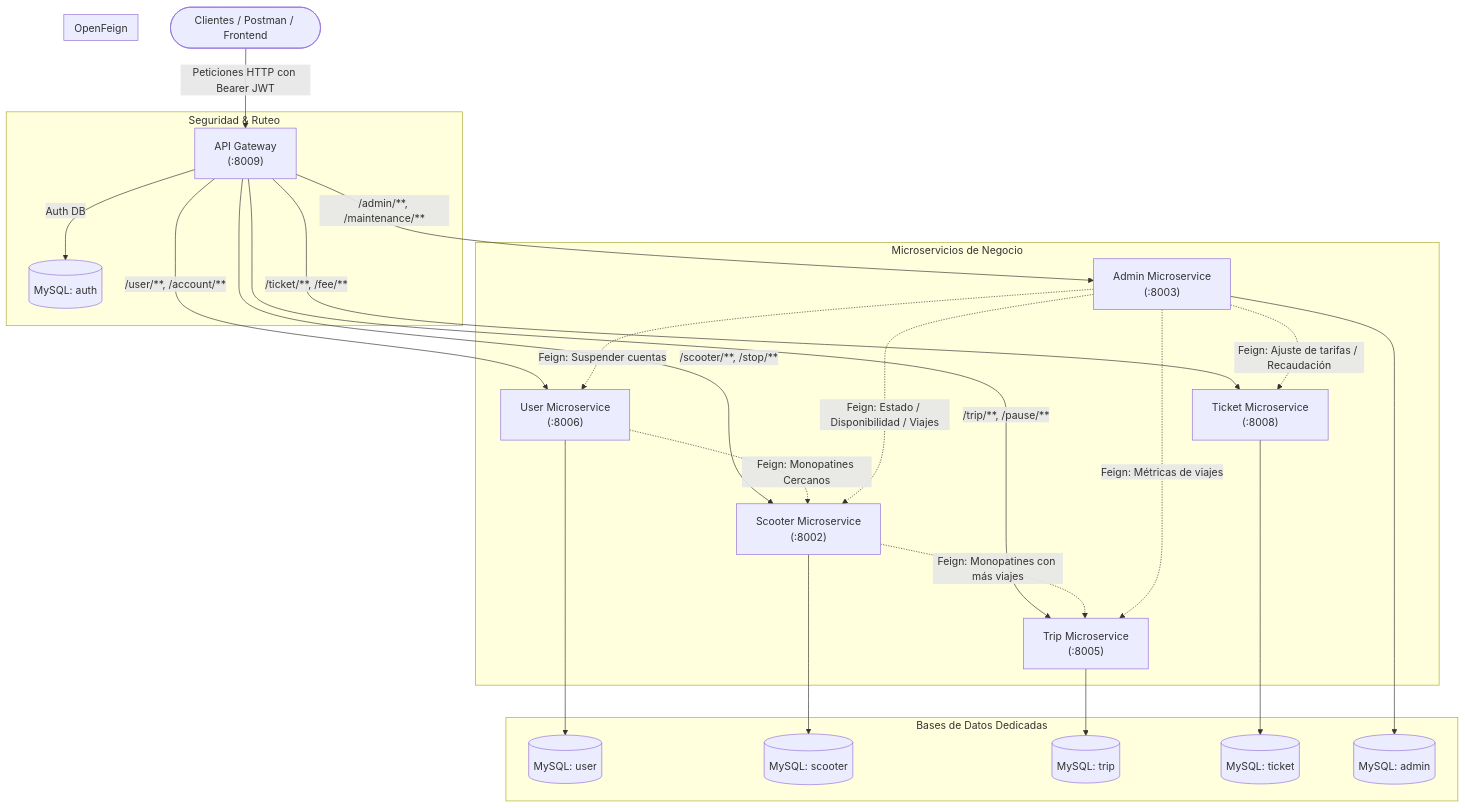
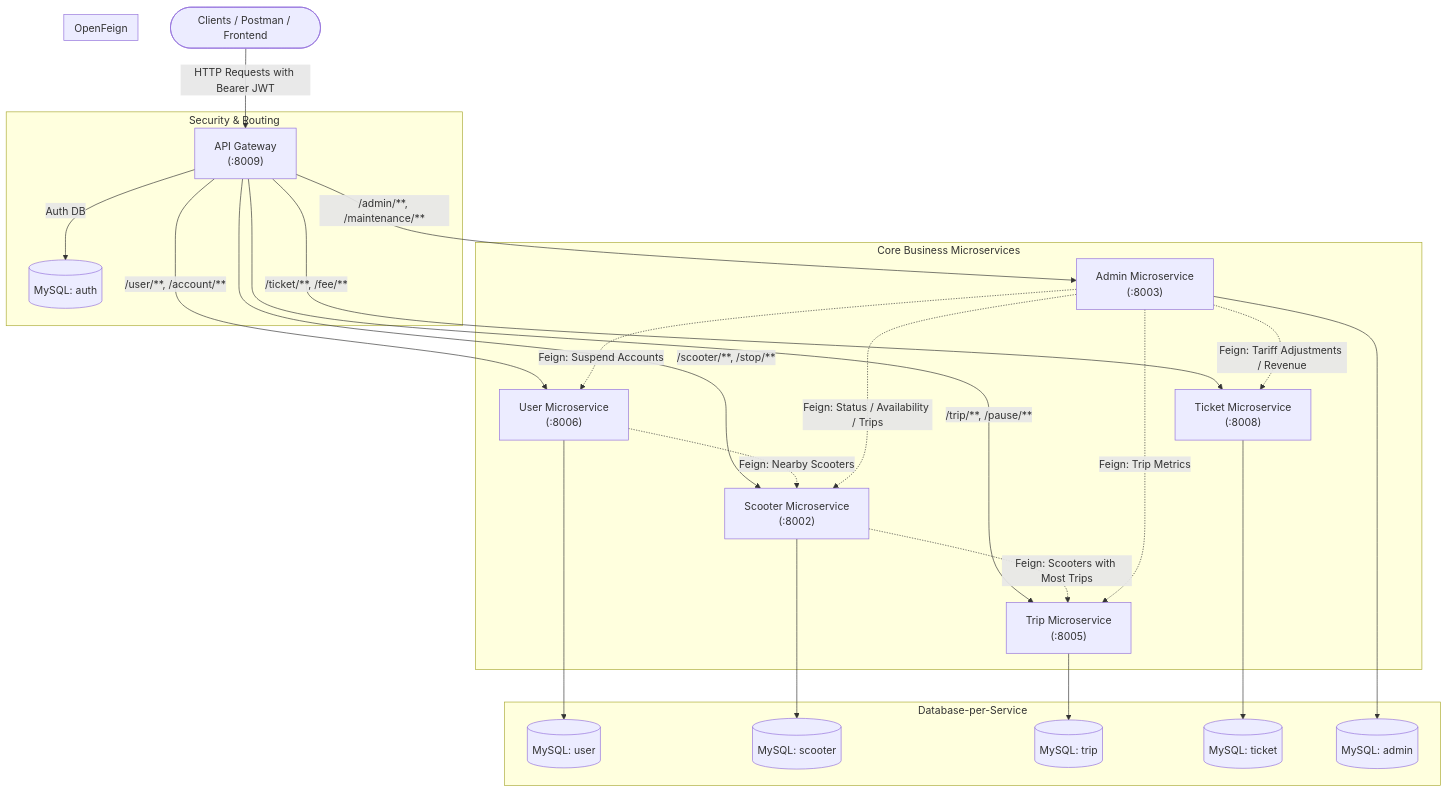
The diagram in README.md (idlestark/Arq.Web-Trabajo-Practico-Especial), drawn with Mermaid before and after one commit. The commit also changed other lines of this file and 18 other files, not shown here.

````diff
--- a/README.md
+++ b/README.md
@@ -44,33 +44,33 @@
 ```mermaid
 flowchart TD
-    Client(["Clientes / Postman / Frontend"]) -->|Peticiones HTTP con Bearer JWT| GW["API Gateway\n(:8009)"]
+    Client(["Clients / Postman / Frontend"]) -->|HTTP Requests with Bearer JWT| GW["API Gateway\n(:8009)"]
     
-    subgraph Seguridad & Ruteo
+    subgraph Security & Routing
         GW -->|Auth DB| DB_AUTH[("MySQL: auth")]
     end
 
-    subgraph Microservicios de Negocio
+    subgraph Core Business Microservices
         GW -->|/user/**, /account/**| US["User Microservice\n(:8006)"]
         GW -->|/scooter/**, /stop/**| SC["Scooter Microservice\n(:8002)"]
         GW -->|/trip/**, /pause/**| TR["Trip Microservice\n(:8005)"]
         GW -->|/ticket/**, /fee/**| TK["Ticket Microservice\n(:8008)"]
         GW -->|/admin/**, /maintenance/**| AD["Admin Microservice\n(:8003)"]
     end
 
-    subgraph Comunicación Inter-Servicios [OpenFeign]
-        US -.->|Feign: Monopatines Cercanos| SC
-        SC -.->|Feign: Monopatines con más viajes| TR
-        AD -.->|Feign: Suspender cuentas| US
-        AD -.->|Feign: Estado / Disponibilidad / Viajes| SC
-        AD -.->|Feign: Métricas de viajes| TR
-        AD -.->|Feign: Ajuste de tarifas / Recaudación| TK
+    subgraph Inter-Service Communication [OpenFeign]
+        US -.->|Feign: Nearby Scooters| SC
+        SC -.->|Feign: Scooters with Most Trips| TR
+        AD -.->|Feign: Suspend Accounts| US
+        AD -.->|Feign: Status / Availability / Trips| SC
+        AD -.->|Feign: Trip Metrics| TR
+        AD -.->|Feign: Tariff Adjustments / Revenue| TK
     end
 
-    subgraph Bases de Datos Dedicadas
+    subgraph Dedicated Databases [Database-per-Service]
         US --> DB_USR[("MySQL: user")]
         SC --> DB_SCT[("MySQL: scooter")]
         TR --> DB_TRP[("MySQL: trip")]
         TK --> DB_TCK[("MySQL: ticket")]
         AD --> DB_ADM[("MySQL: admin")]
     end
 ```
````
